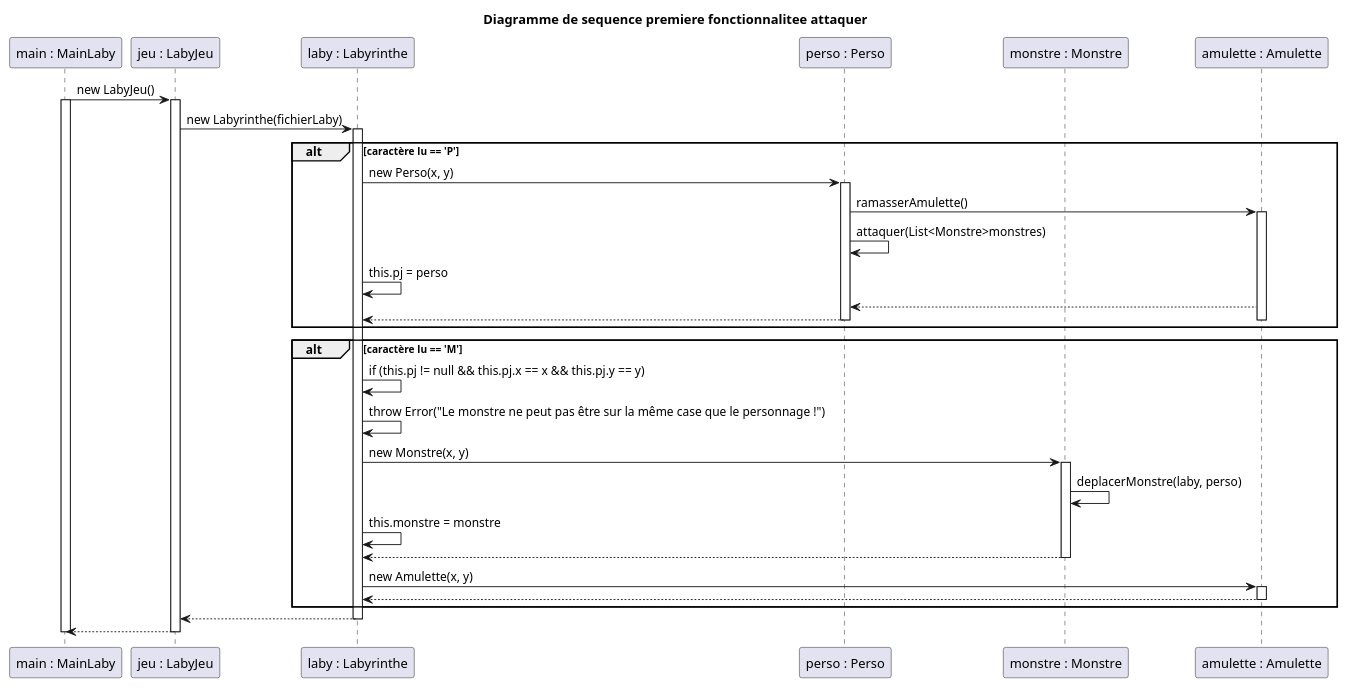
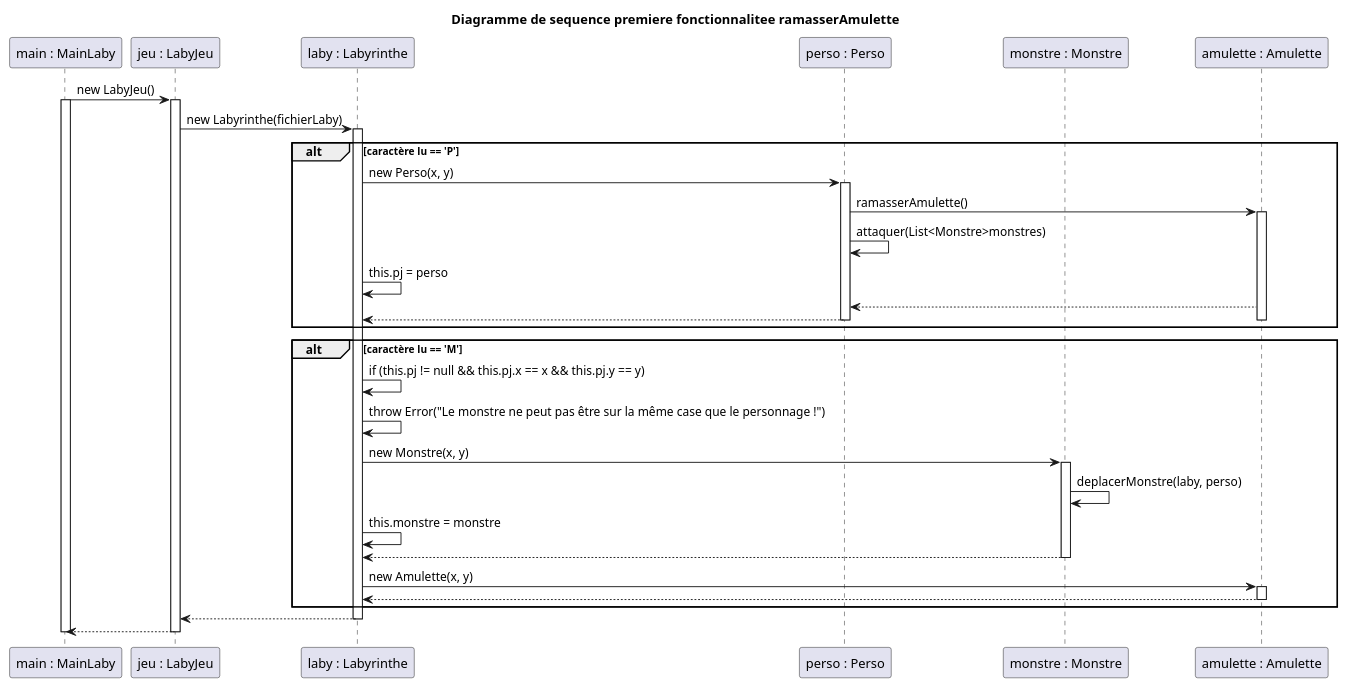
Before and after one commit to Fhm11/Projet_Zeldiablo: the diagram in documents/version_4/2_Deuxieme_fonctionnalitee_diagSeq.PUML, drawn with PlantUML. The commit also changed 12 other files, not shown here.

Commit message:
correction de beaucoup de diagramme

```diff
--- a/documents/version_4/2_Deuxieme_fonctionnalitee_diagSeq.PUML
+++ b/documents/version_4/2_Deuxieme_fonctionnalitee_diagSeq.PUML
@@ -1,54 +1,54 @@
 @startuml
 
-title Diagramme de sequence premiere fonctionnalitee attaquer
+title Diagramme de sequence premiere fonctionnalitee ramasserAmulette
 
 participant "main : MainLaby" as main
 participant "jeu : LabyJeu" as jeu
 participant "laby : Labyrinthe" as laby
 participant "perso : Perso" as perso
 participant "monstre : Monstre" as monstre
 participant "amulette : Amulette" as amulette
 
 main -> jeu : new LabyJeu()
 activate main
 activate jeu
 
 jeu -> laby : new Labyrinthe(fichierLaby)
 activate laby
 
 alt caractère lu == 'P'
     laby -> perso : new Perso(x, y)
     activate perso
     perso -> amulette : ramasserAmulette()
     activate amulette
     perso -> perso : attaquer(List<Monstre>monstres)
     laby -> laby : this.pj = perso
     amulette --> perso
     perso --> laby
     deactivate amulette
     deactivate perso
 end
 
 alt caractère lu == 'M'
     laby -> laby : if (this.pj != null && this.pj.x == x && this.pj.y == y)
     laby -> laby : throw Error("Le monstre ne peut pas être sur la même case que le personnage !")
     
     laby -> monstre : new Monstre(x, y)
     activate monstre
     monstre -> monstre : deplacerMonstre(laby, perso)
     laby -> laby : this.monstre = monstre
     monstre --> laby
     deactivate monstre
     
     laby -> amulette : new Amulette(x, y)
     activate amulette
     amulette --> laby
     deactivate amulette
 end
 
 laby --> jeu
 deactivate laby
 jeu --> main
 deactivate jeu
 deactivate main
 @enduml
```
